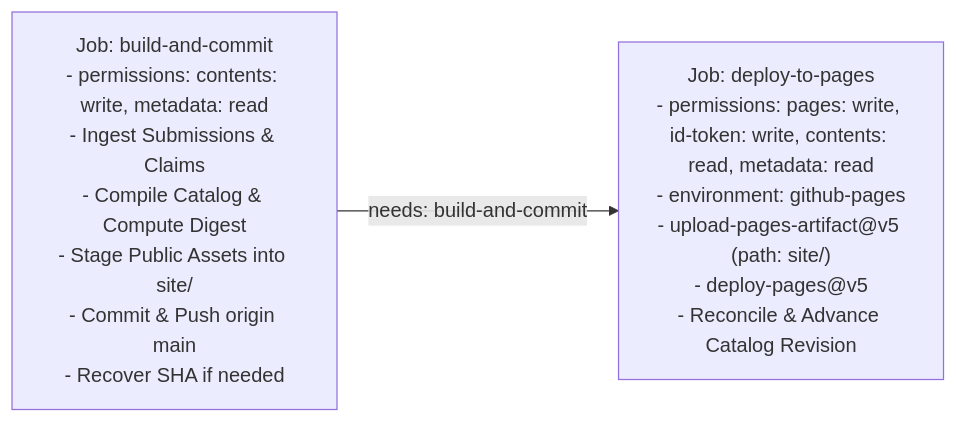
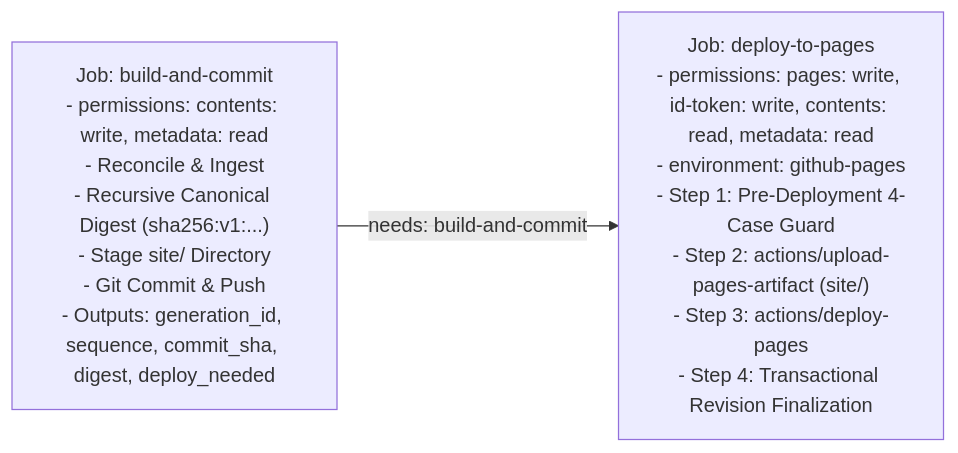
Before and after one commit to Rohitpvt/GitStore: the third of 3 diagrams in docs/ARCHITECTURE.md, drawn with Mermaid. The commit also changed other lines of this file and 13 other files, not shown here.

Commit message:
chore(phase-0.1.6): step-up proof integrity, firestore rules and deployment reconciliation audit

````diff
--- a/docs/ARCHITECTURE.md
+++ b/docs/ARCHITECTURE.md
@@ -504,4 +309,4 @@
-  ```mermaid
-  flowchart LR
-    Job1["Job: build-and-commit\n- permissions: contents: write, metadata: read\n- Ingest Submissions & Claims\n- Compile Catalog & Compute Digest\n- Stage Public Assets into site/\n- Commit & Push origin main\n- Recover SHA if needed"] -->|needs: build-and-commit| Job2["Job: deploy-to-pages\n- permissions: pages: write, id-token: write, contents: read, metadata: read\n- environment: github-pages\n- upload-pages-artifact@v5 (path: site/)\n- deploy-pages@v5\n- Reconcile & Advance Catalog Revision"]
-  ```
+```mermaid
+flowchart LR
+    Job1["Job: build-and-commit\n- permissions: contents: write, metadata: read\n- Reconcile & Ingest\n- Recursive Canonical Digest (sha256:v1:...)\n- Stage site/ Directory\n- Git Commit & Push\n- Outputs: generation_id, sequence, commit_sha, digest, deploy_needed"] -->|needs: build-and-commit| Job2["Job: deploy-to-pages\n- permissions: pages: write, id-token: write, contents: read, metadata: read\n- environment: github-pages\n- Step 1: Pre-Deployment 4-Case Guard\n- Step 2: actions/upload-pages-artifact (site/)\n- Step 3: actions/deploy-pages\n- Step 4: Transactional Revision Finalization"]
+```
````
